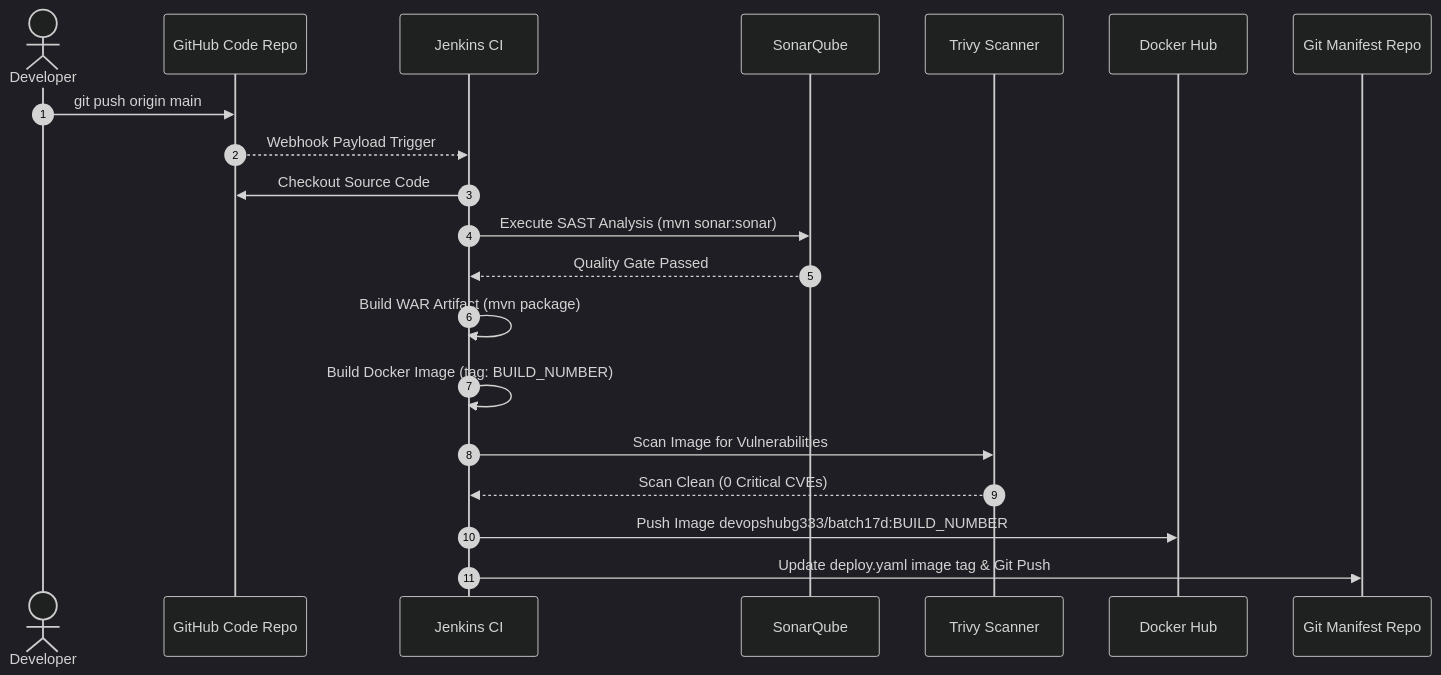
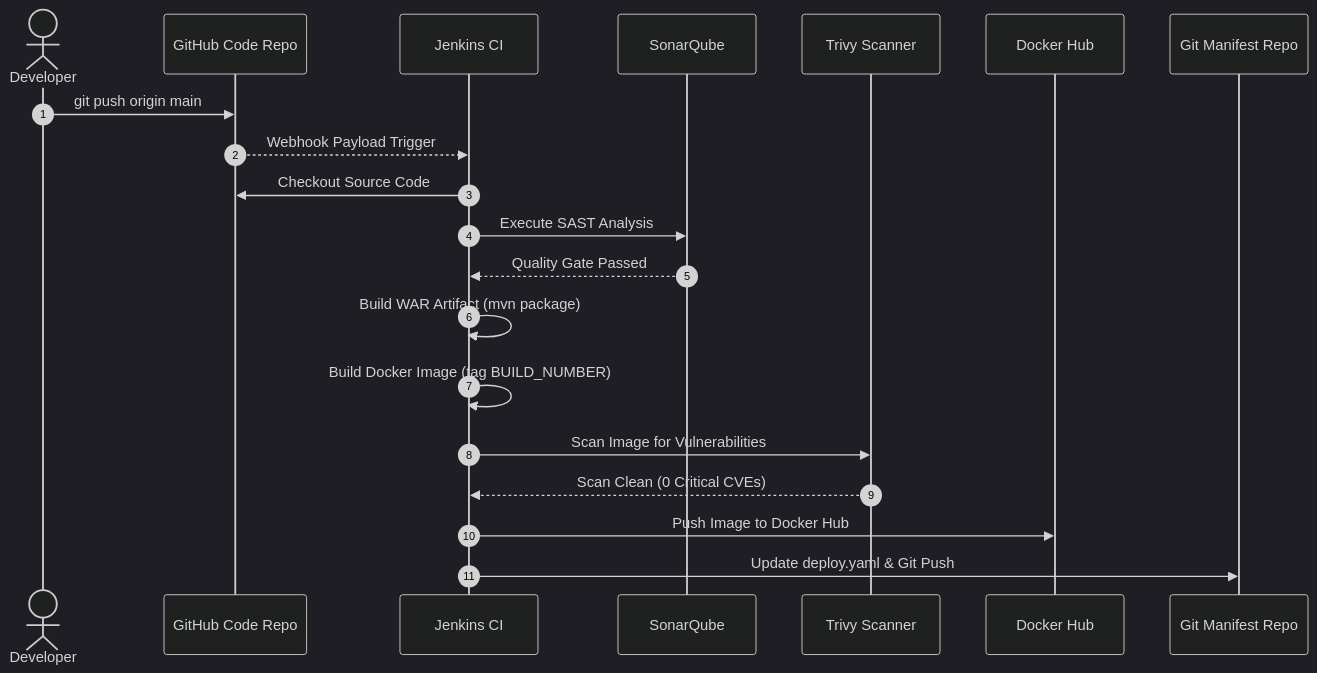
One commit to Saiteja2101/GitOps-Project changed the third of 6 diagrams in README.md. Above: the diagram before and after it, drawn with Mermaid (dark theme). The commit also changed other lines of this file, not shown here.

Commit message:
fix(docs): resolve Mermaid syntax parse error in README

````diff
--- a/README.md
+++ b/README.md
@@ -187,23 +187,23 @@
 ```mermaid
 sequenceDiagram
     autonumber
     actor Developer
     participant Git as GitHub Code Repo
     participant Jenkins as Jenkins CI
     participant Sonar as SonarQube
     participant Trivy as Trivy Scanner
     participant Hub as Docker Hub
     participant Manifest as Git Manifest Repo
 
     Developer->>Git: git push origin main
     Git-->>Jenkins: Webhook Payload Trigger
     Jenkins->>Git: Checkout Source Code
-    Jenkins->>Sonar: Execute SAST Analysis (mvn sonar:sonar)
+    Jenkins->>Sonar: Execute SAST Analysis
     Sonar-->>Jenkins: Quality Gate Passed
     Jenkins->>Jenkins: Build WAR Artifact (mvn package)
-    Jenkins->>Jenkins: Build Docker Image (tag: BUILD_NUMBER)
+    Jenkins->>Jenkins: Build Docker Image (tag BUILD_NUMBER)
     Jenkins->>Trivy: Scan Image for Vulnerabilities
     Trivy-->>Jenkins: Scan Clean (0 Critical CVEs)
-    Jenkins->>Hub: Push Image devopshubg333/batch17d:BUILD_NUMBER
-    Jenkins->>Manifest: Update deploy.yaml image tag & Git Push
+    Jenkins->>Hub: Push Image to Docker Hub
+    Jenkins->>Manifest: Update deploy.yaml & Git Push
 ```
````
